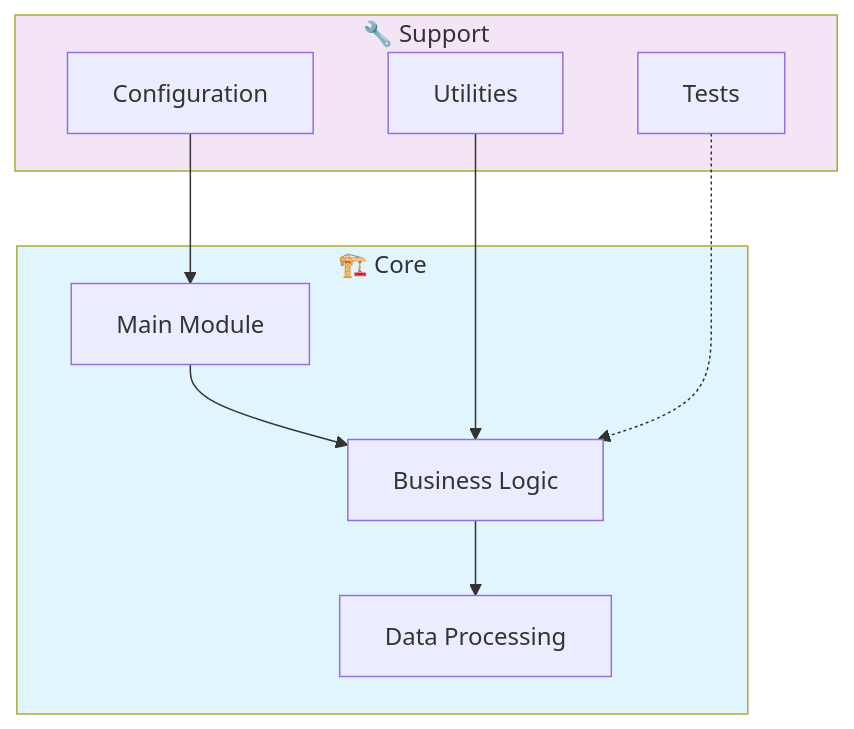
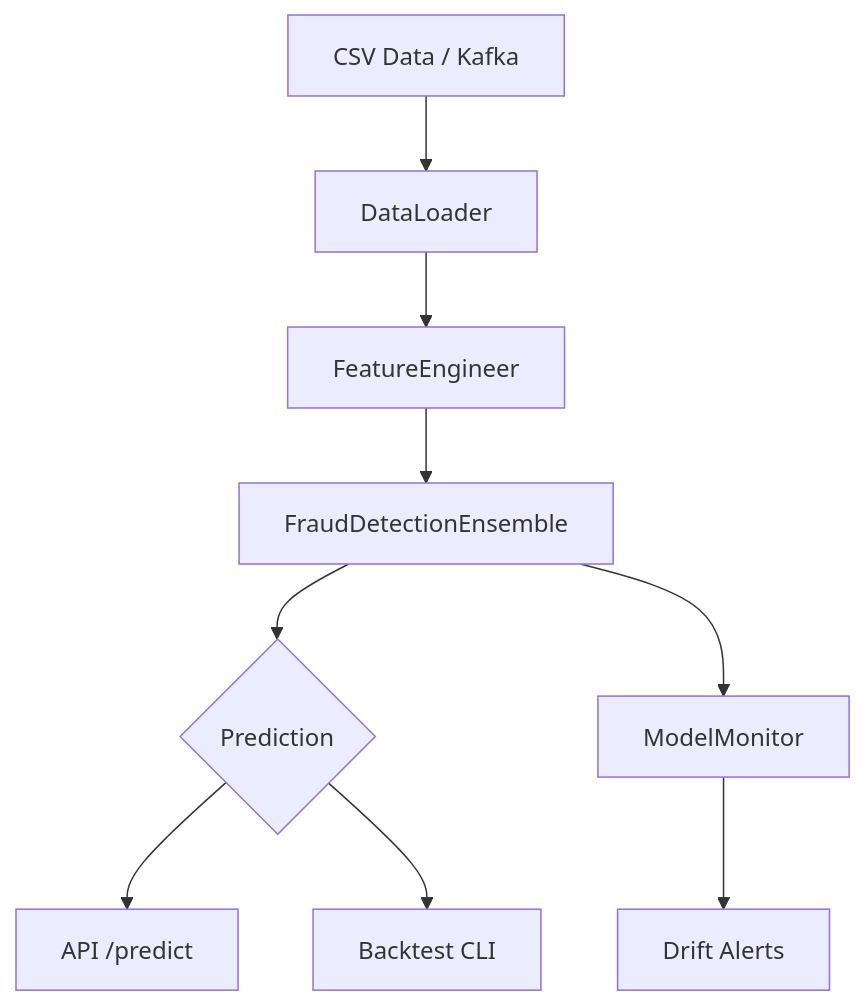
Before and after one commit to galafis/ai-financial-fraud-detection: the second of 2 diagrams in README.md, drawn with Mermaid. The commit also changed other lines of this file and 36 other files, not shown here.

````diff
--- a/README.md
+++ b/README.md
@@ -301,22 +190,11 @@
 ```mermaid
-graph TB
-    subgraph Core["🏗️ Core"]
-        A[Main Module]
-        B[Business Logic]
-        C[Data Processing]
-    end
-    
-    subgraph Support["🔧 Support"]
-        D[Configuration]
-        E[Utilities]
-        F[Tests]
-    end
-    
-    A --> B --> C
-    D --> A
-    E --> B
-    F -.-> B
-    
-    style Core fill:#e1f5fe
-    style Support fill:#f3e5f5
+graph TD
+    A[CSV Data / Kafka] --> B[DataLoader]
+    B --> C[FeatureEngineer]
+    C --> D[FraudDetectionEnsemble]
+    D --> E{Prediction}
+    E --> F[API /predict]
+    E --> G[Backtest CLI]
+    D --> H[ModelMonitor]
+    H --> I[Drift Alerts]
 ```
````
